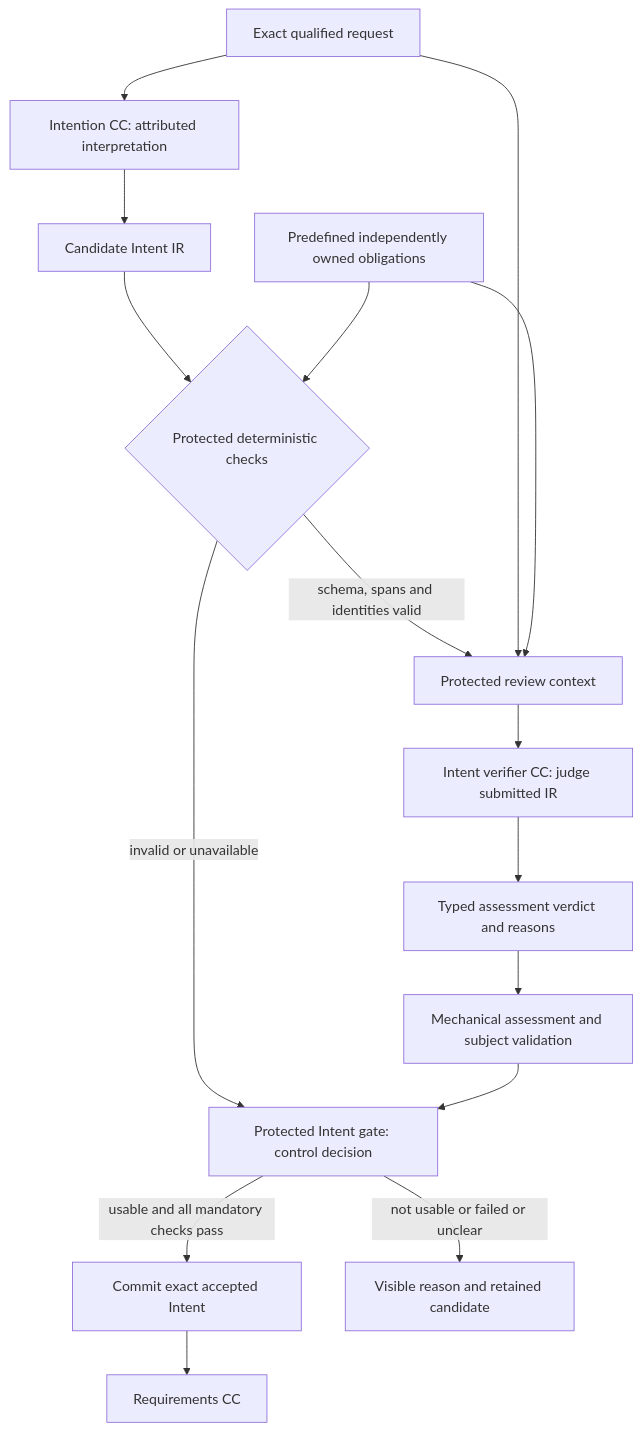
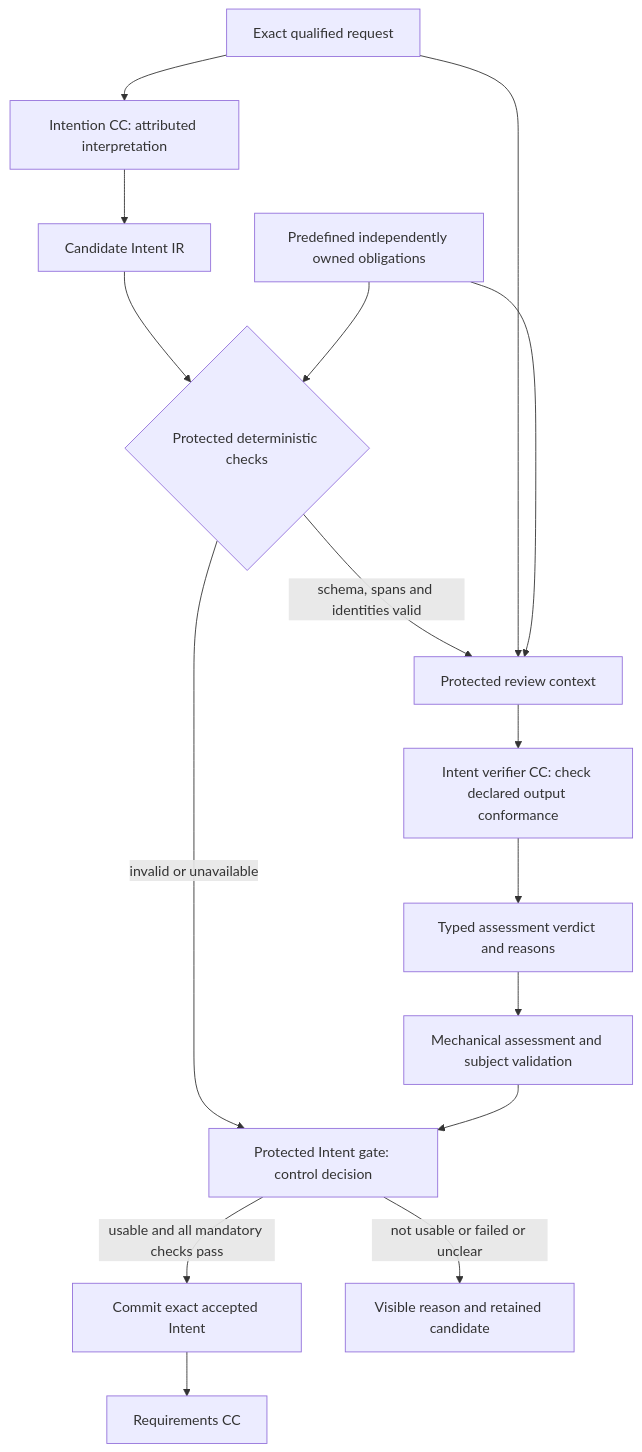
The first of 2 diagrams in docs/architecture/design-package-compact/intent-design.md (Stellven/jiuwenswarm), drawn with Mermaid before and after one commit. The commit also changed other lines of this file and 355 other files, not shown here.

Commit message:
docs: fix one-shot review findings, run-plan execution mapping, port-based schema checks, compact sync and diagrams

````diff
--- a/docs/architecture/design-package-compact/intent-design.md
+++ b/docs/architecture/design-package-compact/intent-design.md
@@ -13,18 +13,18 @@
 ```mermaid
 flowchart TB
     Request[Exact qualified request] --> Compile[Intention CC: attributed interpretation]
     Compile --> IR[Candidate Intent IR]
     IR --> D{Protected deterministic checks}
     D -->|schema, spans and identities valid| Context[Protected review context]
     D -->|invalid or unavailable| Gate[Protected Intent gate: control decision]
     Request --> Context
     Profile[Predefined independently owned obligations] --> D
     Profile --> Context
-    Context --> V[Intent verifier CC: judge submitted IR]
+    Context --> V[Intent verifier CC: check declared output conformance]
     V --> A[Typed assessment verdict and reasons]
     A --> Validate[Mechanical assessment and subject validation]
     Validate --> Gate
     Gate -->|usable and all mandatory checks pass| Commit[Commit exact accepted Intent]
     Gate -->|not usable or failed or unclear| Halt[Visible reason and retained candidate]
     Commit --> R[Requirements CC]
 ```
````
